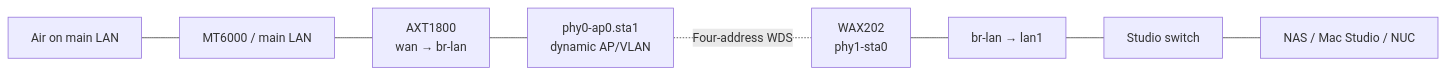
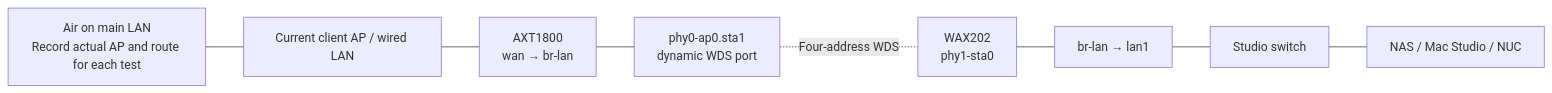
Before and after one commit to volo1st/homelab: the second of 2 diagrams in networking/topology.md, drawn with Mermaid. The commit also changed other lines of this file and 39 other files, not shown here.

````diff
--- a/networking/topology.md
+++ b/networking/topology.md
@@ -33,10 +46,10 @@
 ```mermaid
 flowchart LR
-    AIR["Air on main LAN"] --- MAIN["MT6000 / main LAN"]
-    MAIN --- WAN["AXT1800<br/>wan → br-lan"]
-    WAN --- AP["phy0-ap0.sta1<br/>dynamic AP/VLAN"]
+    AIR["Air on main LAN<br/>Record actual AP and route for each test"] --- LAN["Current client AP / wired LAN"]
+    LAN --- WAN["AXT1800<br/>wan → br-lan"]
+    WAN --- AP["phy0-ap0.sta1<br/>dynamic WDS port"]
     AP -. "Four-address WDS" .- STA["WAX202<br/>phy1-sta0"]
     STA --- ETH["br-lan → lan1"]
     ETH --- SW["Studio switch"]
     SW --- NAS["NAS / Mac Studio / NUC"]
 ```
````
